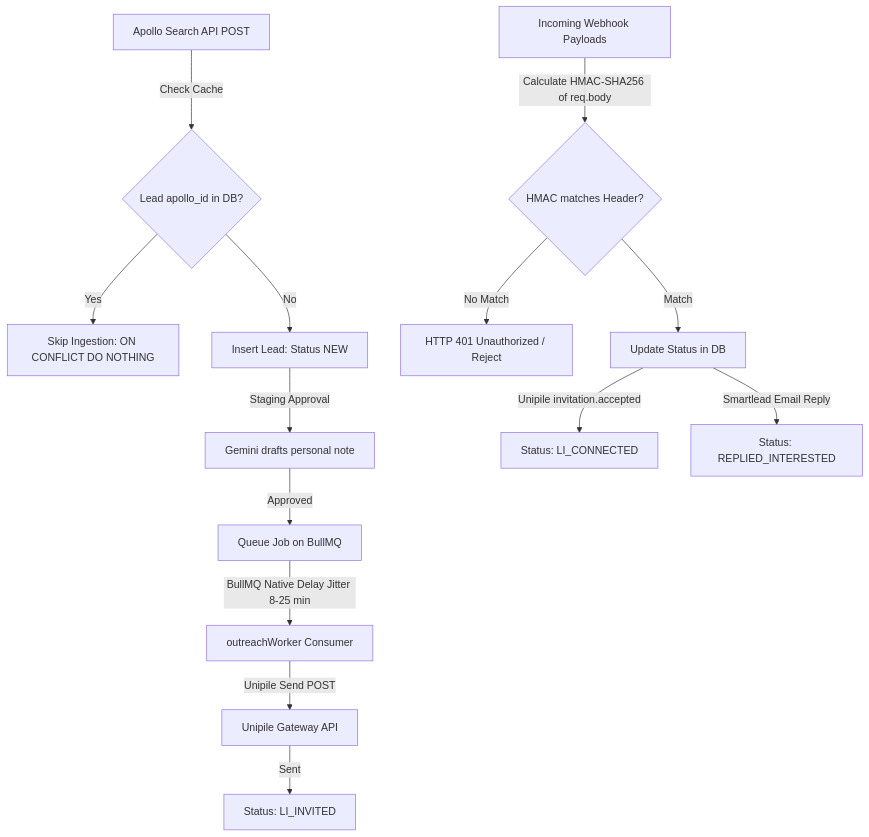
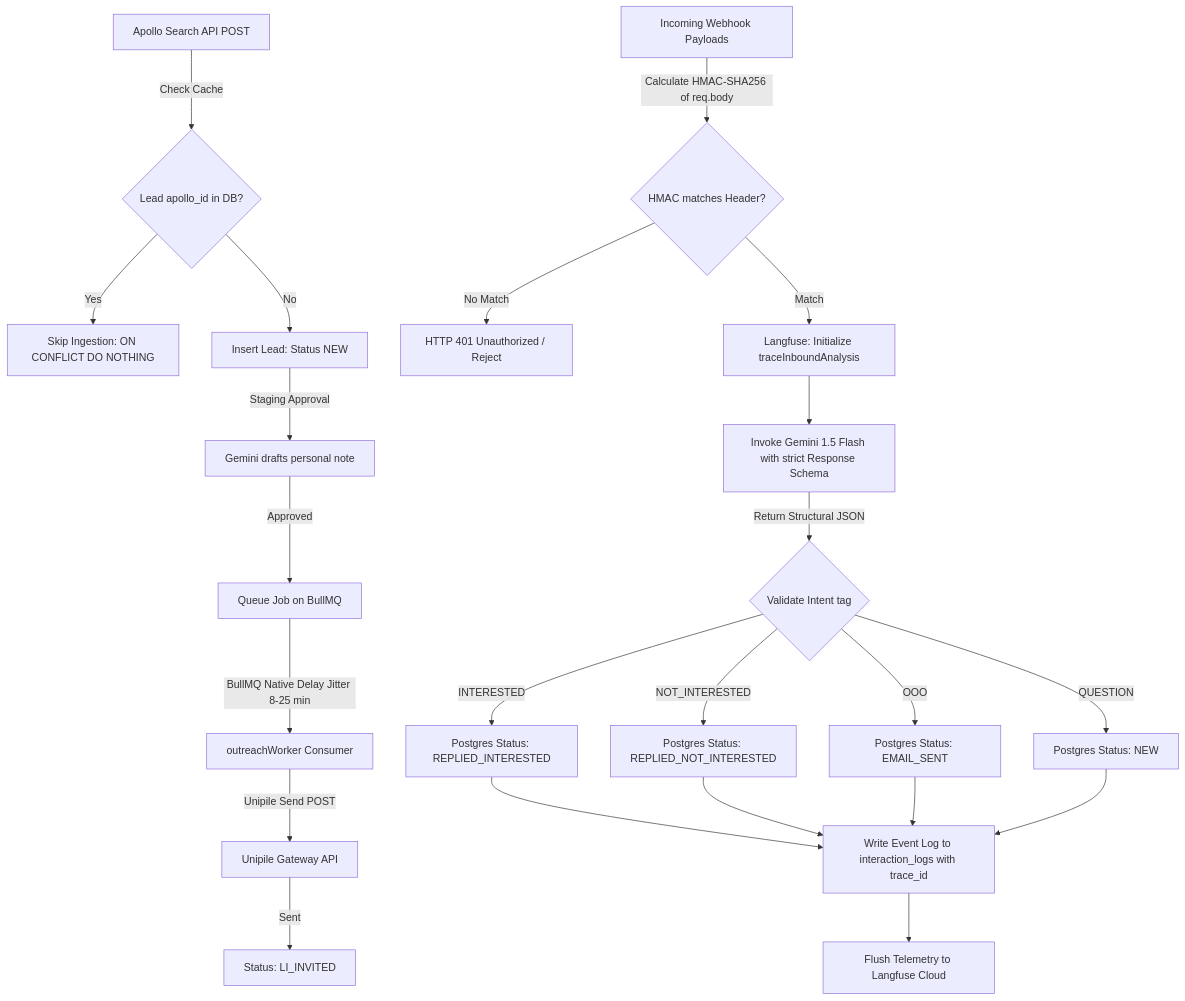
One commit to SalesSDR/SDR_POC changed the diagram in walkthrough_milestones.md. Above: the diagram before and after it, drawn with Mermaid. The commit also changed other lines of this file, not shown here.

Commit message:
docs: include Milestone C details in walkthrough_milestones.md

````diff
--- a/walkthrough_milestones.md
+++ b/walkthrough_milestones.md
@@ -11,21 +11,27 @@
 ```mermaid
 graph TD
     %% Milestone A: Ingestion
     A[Apollo Search API POST] -->|Check Cache| B{Lead apollo_id in DB?}
     B -->|Yes| C[Skip Ingestion: ON CONFLICT DO NOTHING]
     B -->|No| D[Insert Lead: Status NEW]
     
     %% Milestone B: LinkedIn Loop
     D -->|Staging Approval| E[Gemini drafts personal note]
     E -->|Approved| F[Queue Job on BullMQ]
     F -->|BullMQ Native Delay Jitter 8-25 min| G[outreachWorker Consumer]
     G -->|Unipile Send POST| H[Unipile Gateway API]
     H -->|Sent| I[Status: LI_INVITED]
 
-    %% Webhooks Security Validation
+    %% Webhooks Security Validation & Milestone C Intent Processing
     J[Incoming Webhook Payloads] -->|Calculate HMAC-SHA256 of req.body| K{HMAC matches Header?}
     K -->|No Match| L[HTTP 401 Unauthorized / Reject]
-    K -->|Match| M[Update Status in DB]
-    M -->|Unipile invitation.accepted| N[Status: LI_CONNECTED]
-    M -->|Smartlead Email Reply| O[Status: REPLIED_INTERESTED]
+    K -->|Match| M[Langfuse: Initialize traceInboundAnalysis]
+    M --> N[Invoke Gemini 1.5 Flash with strict Response Schema]
+    N -->|Return Structural JSON| O{Validate Intent tag}
+    O -->|INTERESTED| P[Postgres Status: REPLIED_INTERESTED]
+    O -->|NOT_INTERESTED| Q[Postgres Status: REPLIED_NOT_INTERESTED]
+    O -->|OOO| R[Postgres Status: EMAIL_SENT]
+    O -->|QUESTION| S[Postgres Status: NEW]
+    P & Q & R & S --> T[Write Event Log to interaction_logs with trace_id]
+    T --> U[Flush Telemetry to Langfuse Cloud]
 ```
````
